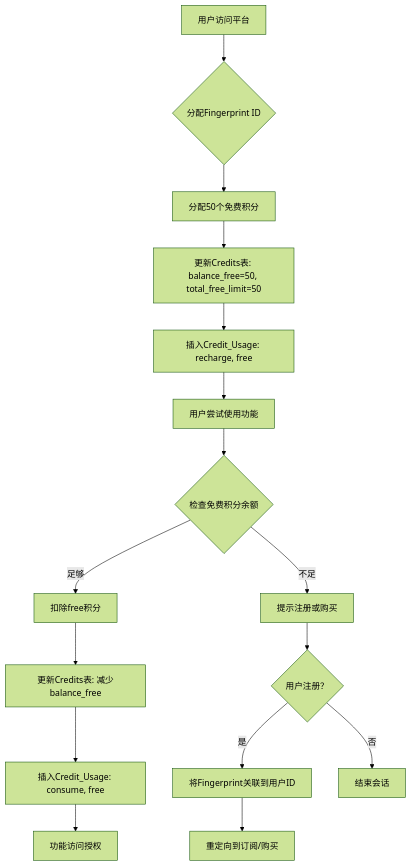
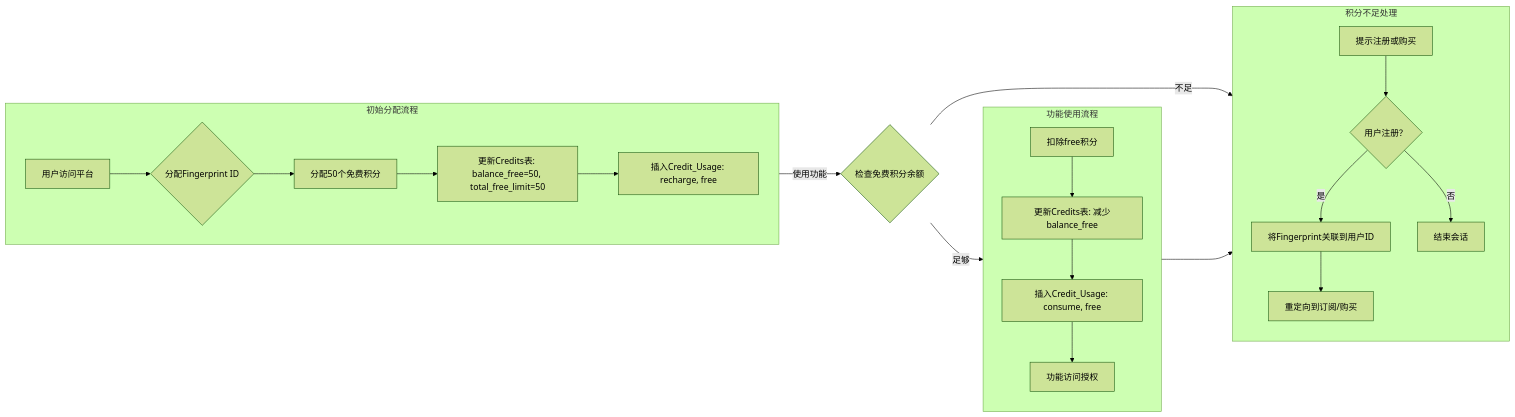
Before and after one commit to caofanCPU/diaomao: the sixth of 18 diagrams in docs/PaidDesign-v1.0.md, drawn with Mermaid (forest theme). The commit also changed other lines of this file, not shown here.

Commit message:
fix(docs): mermaid fix

````diff
--- a/docs/PaidDesign-v1.0.md
+++ b/docs/PaidDesign-v1.0.md
@@ -799,18 +831,34 @@
 ```mermaid
-graph TD
-    A[用户访问平台] --> B{分配Fingerprint ID}
-    B --> C[分配50个免费积分]
-    C --> D[更新Credits表: balance_free=50, total_free_limit=50]
-    D --> E[插入Credit_Usage: recharge, free]
-    E --> F[用户尝试使用功能]
-    F --> G{检查免费积分余额}
-    G -->|足够| H[扣除free积分]
-    H --> I[更新Credits表: 减少balance_free]
-    I --> J[插入Credit_Usage: consume, free]
-    J --> K[功能访问授权]
-    G -->|不足| L[提示注册或购买]
-    L --> M{用户注册？}
-    M -->|是| N[将Fingerprint关联到用户ID]
-    M -->|否| O[结束会话]
-    N --> P[重定向到订阅/购买]
+flowchart  LR
+    %% 模块1：初始分配流程（内部横向）
+    subgraph 初始分配流程
+        direction LR
+        A[用户访问平台] --> B{分配Fingerprint ID}
+        B --> C[分配50个免费积分]
+        C --> D[更新Credits表: balance_free=50, total_free_limit=50]
+        D --> E[插入Credit_Usage: recharge, free]
+    end
+    
+    %% 模块2：功能使用流程（内部横向）
+    subgraph 功能使用流程
+        direction TB
+        H[扣除free积分] --> I[更新Credits表: 减少balance_free]
+        I --> J[插入Credit_Usage: consume, free]
+        J --> K[功能访问授权]
+    end
+    
+    %% 模块3：积分不足处理（内部横向）
+    subgraph 积分不足处理
+        direction TB
+        L[提示注册或购买] --> M{用户注册？}
+        M -->|是| N[将Fingerprint关联到用户ID]
+        M -->|否| O[结束会话]
+        N --> P[重定向到订阅/购买]
+    end
+    
+    %% 模块间连接
+    初始分配流程 -->|使用功能| G{检查免费积分余额}
+    G{检查免费积分余额} -->|足够| 功能使用流程
+    G{检查免费积分余额} --->|不足| 积分不足处理
+    功能使用流程 ---> 积分不足处理
 ```
````
